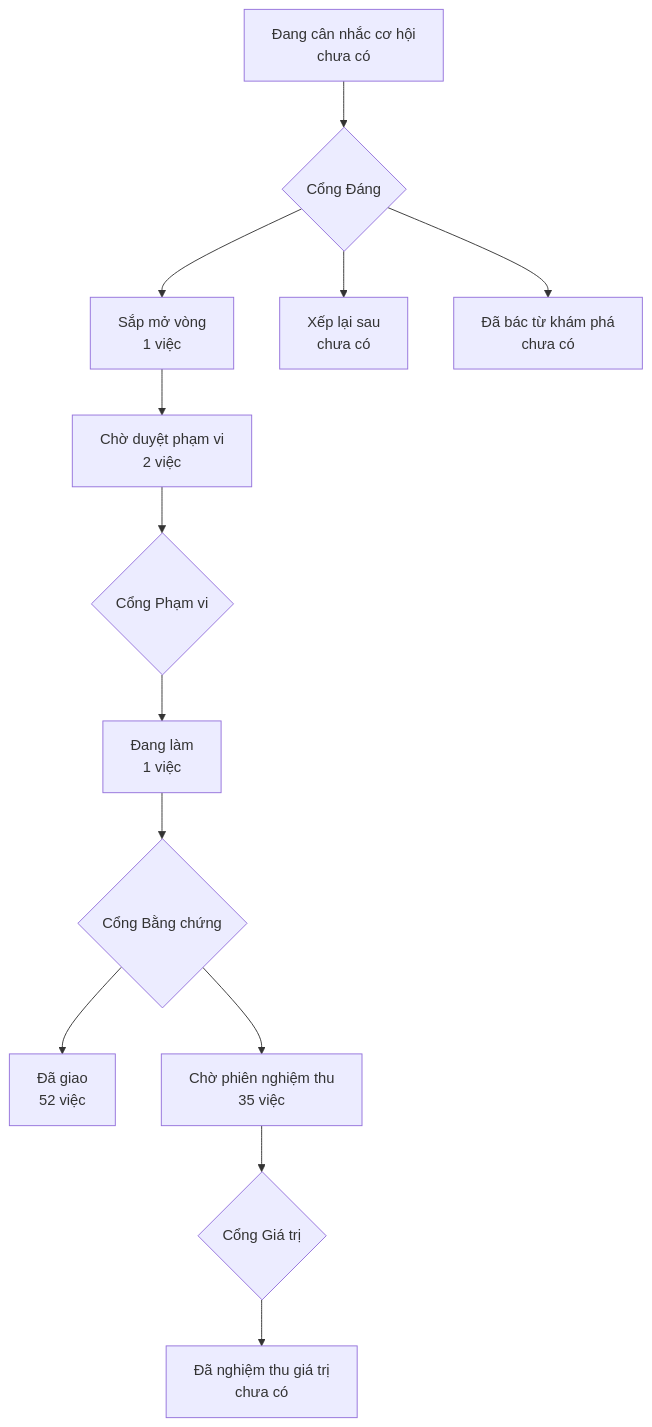
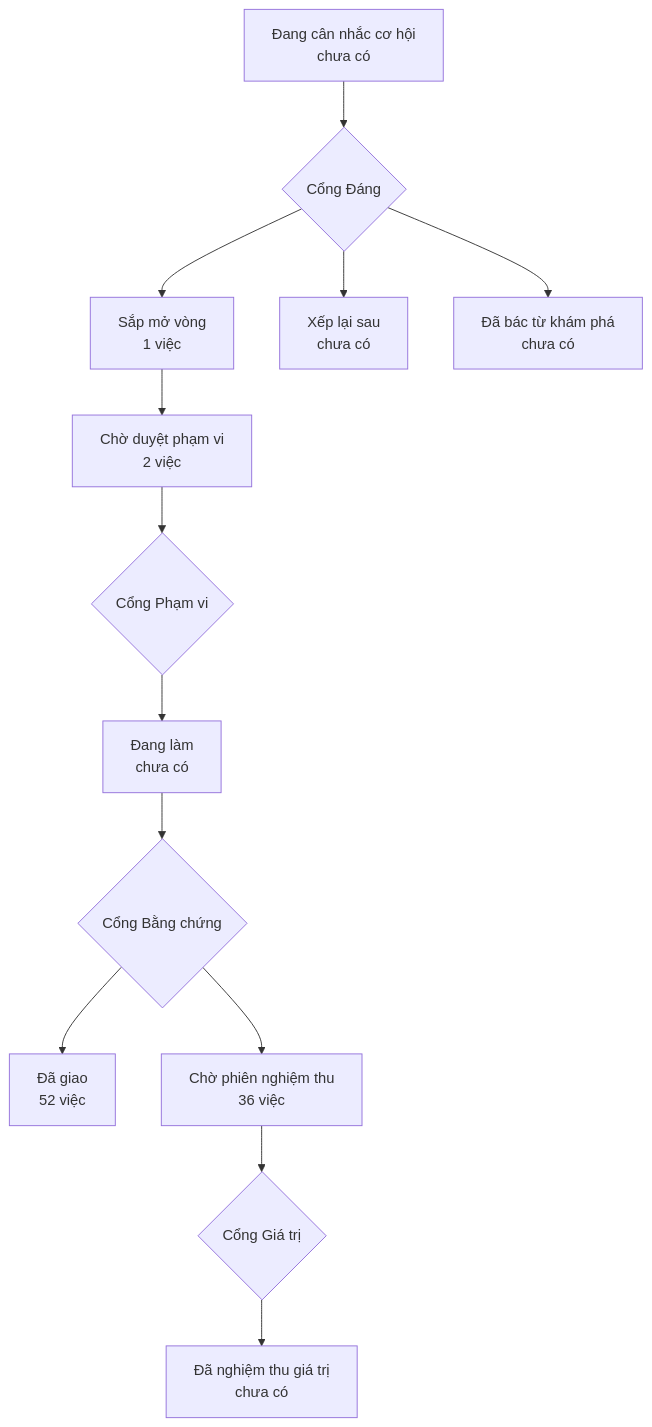
One commit to phanlemanh/onehub-invest changed the diagram in PRODUCT-MAP.md. Above: the diagram before and after it, drawn with Mermaid. The commit also changed other lines of this file and 4 other files, not shown here.

````diff
--- a/PRODUCT-MAP.md
+++ b/PRODUCT-MAP.md
@@ -7,12 +7,12 @@
 ```mermaid
 flowchart TD
   A["Đang cân nhắc cơ hội<br/>chưa có"] --> GD{"Cổng Đáng"}
   GD --> B["Sắp mở vòng<br/>1 việc"]
   GD --> XL["Xếp lại sau<br/>chưa có"]
   GD --> DB["Đã bác từ khám phá<br/>chưa có"]
   B --> CD["Chờ duyệt phạm vi<br/>2 việc"] --> GP{"Cổng Phạm vi"}
-  GP --> DL["Đang làm<br/>1 việc"] --> GB{"Cổng Bằng chứng"}
+  GP --> DL["Đang làm<br/>chưa có"] --> GB{"Cổng Bằng chứng"}
   GB --> DG["Đã giao<br/>52 việc"]
-  GB --> CN["Chờ phiên nghiệm thu<br/>35 việc"] --> GG{"Cổng Giá trị"}
+  GB --> CN["Chờ phiên nghiệm thu<br/>36 việc"] --> GG{"Cổng Giá trị"}
   GG --> NT["Đã nghiệm thu giá trị<br/>chưa có"]
 ```
````
